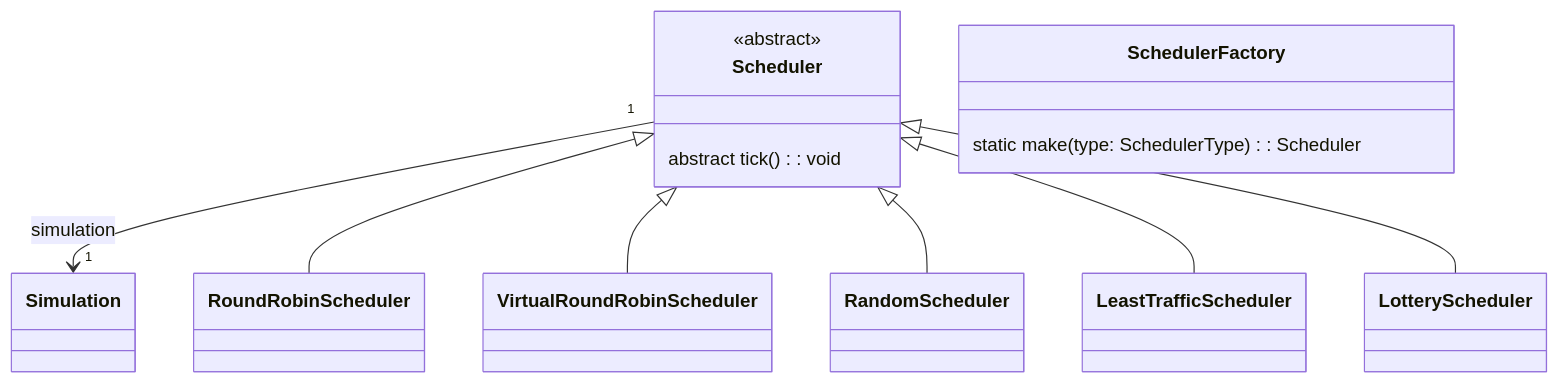
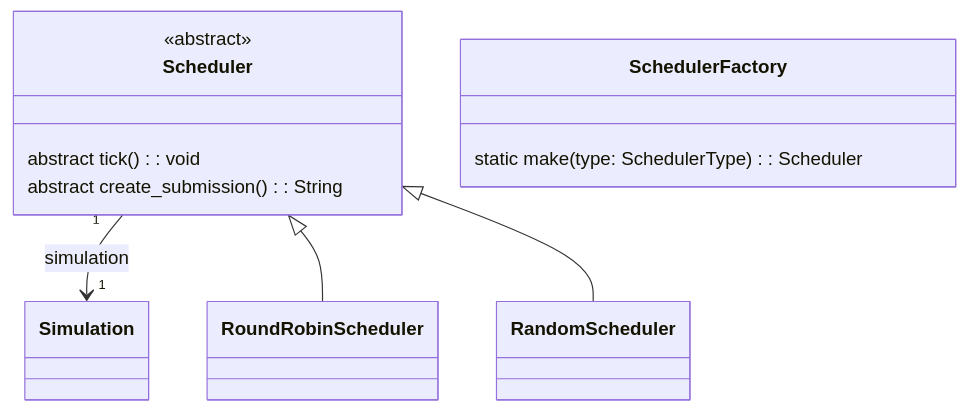
One commit to dominikfladung/Hash-Code-2021 changed the second of 2 diagrams in README.md. Above: the diagram before and after it, drawn with Mermaid. The commit also changed other lines of this file and 7 other files, not shown here.

````diff
--- a/README.md
+++ b/README.md
@@ -114,19 +94,17 @@
 ```mermaid
 classDiagram
 
 Scheduler "1" --> "1" Simulation : simulation
 class Scheduler {
     <<abstract>>
     abstract tick(): void
+    abstract create_submission(): String
 }
 
 Scheduler <|-- RoundRobinScheduler
-Scheduler <|-- VirtualRoundRobinScheduler
 Scheduler <|-- RandomScheduler
-Scheduler <|-- LeastTrafficScheduler
-Scheduler <|-- LotteryScheduler
 
 class SchedulerFactory {
     static make(type: SchedulerType): Scheduler
 }
 ```
````
